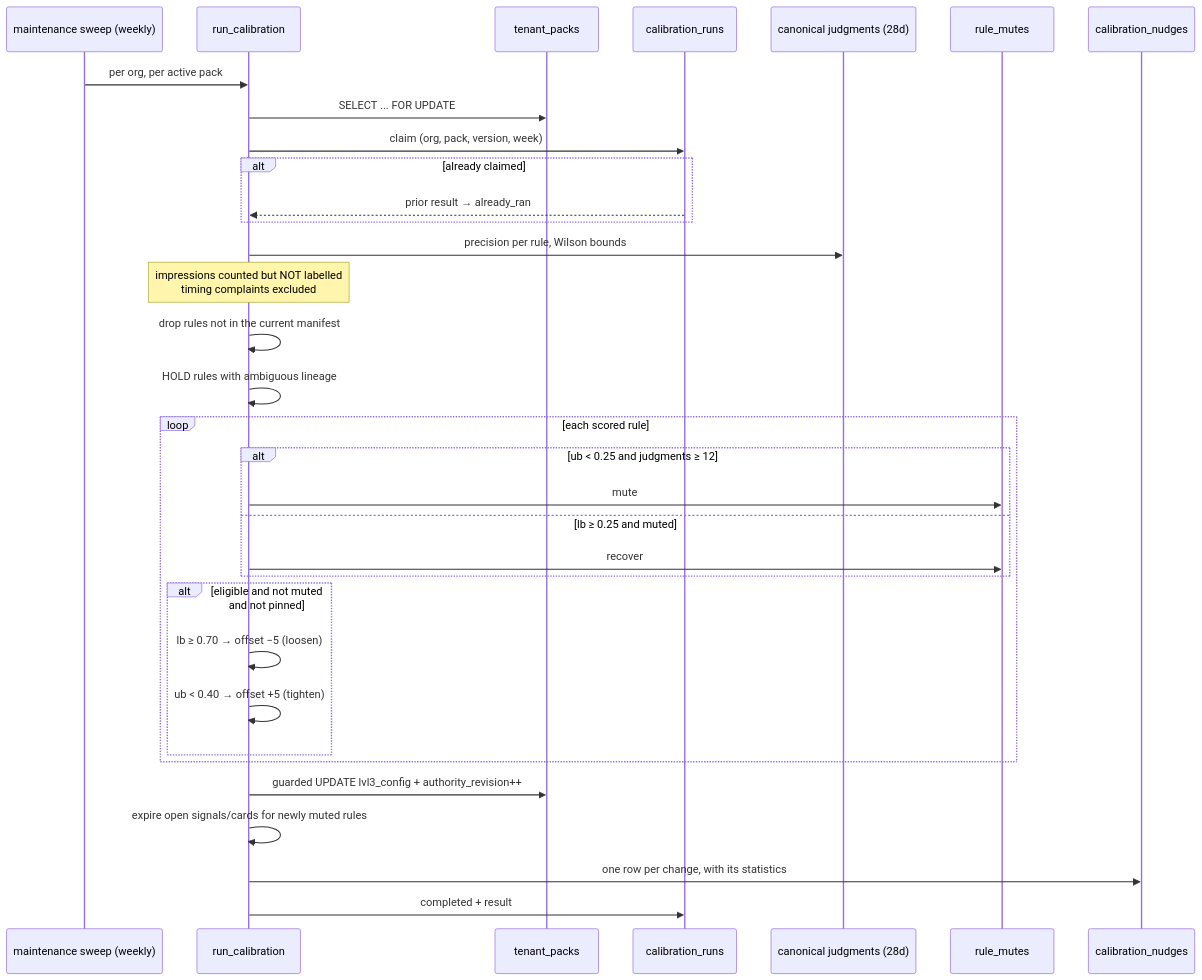
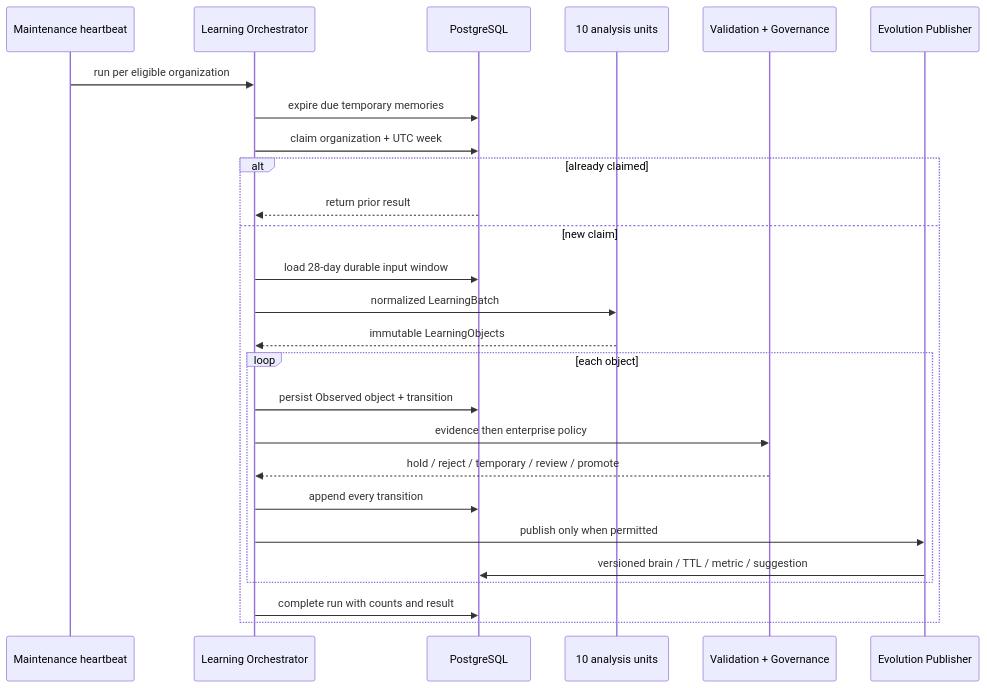
Before and after one commit to themoronss/genios-brain: the second of 2 diagrams in System Design/Layer-7-Learning-Engine/00-Overview.md, drawn with Mermaid. The commit also changed other lines of this file and 88 other files, not shown here.

````diff
--- a/System Design/Layer-7-Learning-Engine/00-Overview.md
+++ b/System Design/Layer-7-Learning-Engine/00-Overview.md
@@ -96,36 +84,29 @@
 ```mermaid
 sequenceDiagram
-    participant H as maintenance sweep (weekly)
-    participant C as run_calibration
-    participant TP as tenant_packs
-    participant CR as calibration_runs
-    participant J as canonical judgments (28d)
-    participant RM as rule_mutes
-    participant NL as calibration_nudges
+    participant H as Maintenance heartbeat
+    participant O as Learning Orchestrator
+    participant DB as PostgreSQL
+    participant U as 10 analysis units
+    participant G as Validation + Governance
+    participant P as Evolution Publisher
 
-    H->>C: per org, per active pack
-    C->>TP: SELECT ... FOR UPDATE
-    C->>CR: claim (org, pack, version, week)
+    H->>O: run per eligible organization
+    O->>DB: expire due temporary memories
+    O->>DB: claim organization + UTC week
     alt already claimed
-        CR-->>C: prior result → already_ran
+      DB-->>O: return prior result
+    else new claim
+      O->>DB: load 28-day durable input window
+      O->>U: normalized LearningBatch
+      U-->>O: immutable LearningObjects
+      loop each object
+        O->>DB: persist Observed object + transition
+        O->>G: evidence then enterprise policy
+        G-->>O: hold / reject / temporary / review / promote
+        O->>DB: append every transition
+        O->>P: publish only when permitted
+        P->>DB: versioned brain / TTL / metric / suggestion
+      end
+      O->>DB: complete run with counts and result
     end
-    C->>J: precision per rule, Wilson bounds
-    Note over C: impressions counted but NOT labelled<br/>timing complaints excluded
-    C->>C: drop rules not in the current manifest
-    C->>C: HOLD rules with ambiguous lineage
-    loop each scored rule
-        alt ub < 0.25 and judgments ≥ 12
-            C->>RM: mute
-        else lb ≥ 0.25 and muted
-            C->>RM: recover
-        end
-        alt eligible and not muted and not pinned
-            C->>C: lb ≥ 0.70 → offset −5   (loosen)
-            C->>C: ub < 0.40 → offset +5   (tighten)
-        end
-    end
-    C->>TP: guarded UPDATE lvl3_config + authority_revision++
-    C->>C: expire open signals/cards for newly muted rules
-    C->>NL: one row per change, with its statistics
-    C->>CR: completed + result
 ```
````
